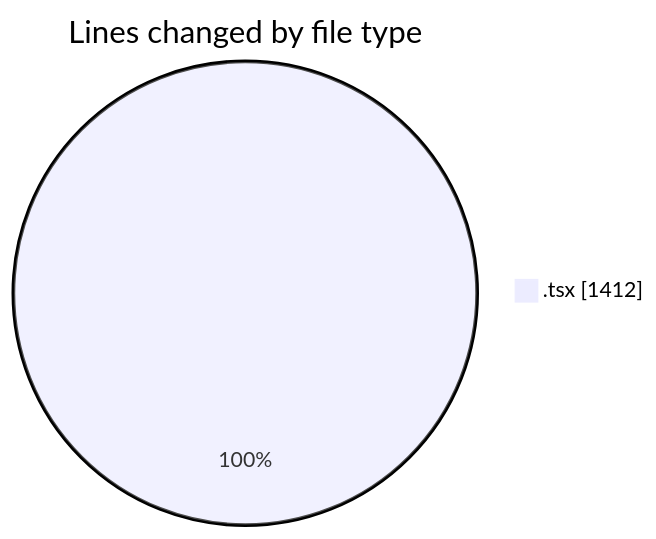
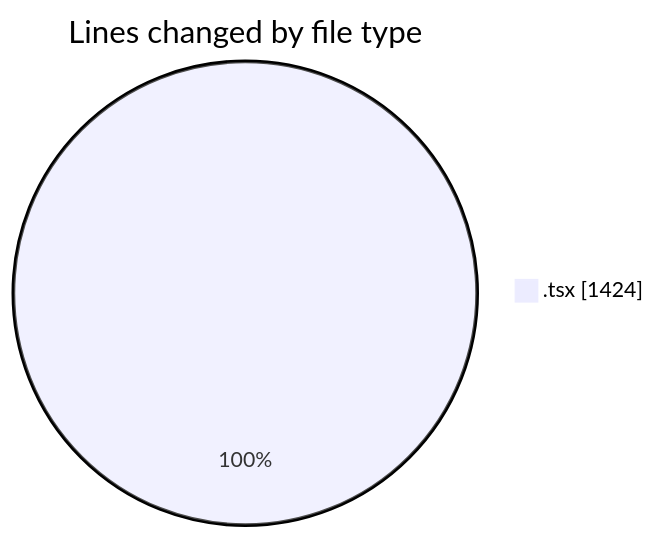
One commit to robertbonfada/code-tracking changed the first of 2 diagrams in 2025-03-11/mbc-web/README.md. Above: the diagram before and after it, drawn with Mermaid. The commit also changed other lines of this file and 1 other file, not shown here.

````diff
--- a/2025-03-11/mbc-web/README.md
+++ b/2025-03-11/mbc-web/README.md
@@ -32,5 +32,5 @@
 ```mermaid
 pie showData
 title Lines changed by file type
-".tsx" : 1412
+".tsx" : 1424
 ```
````
